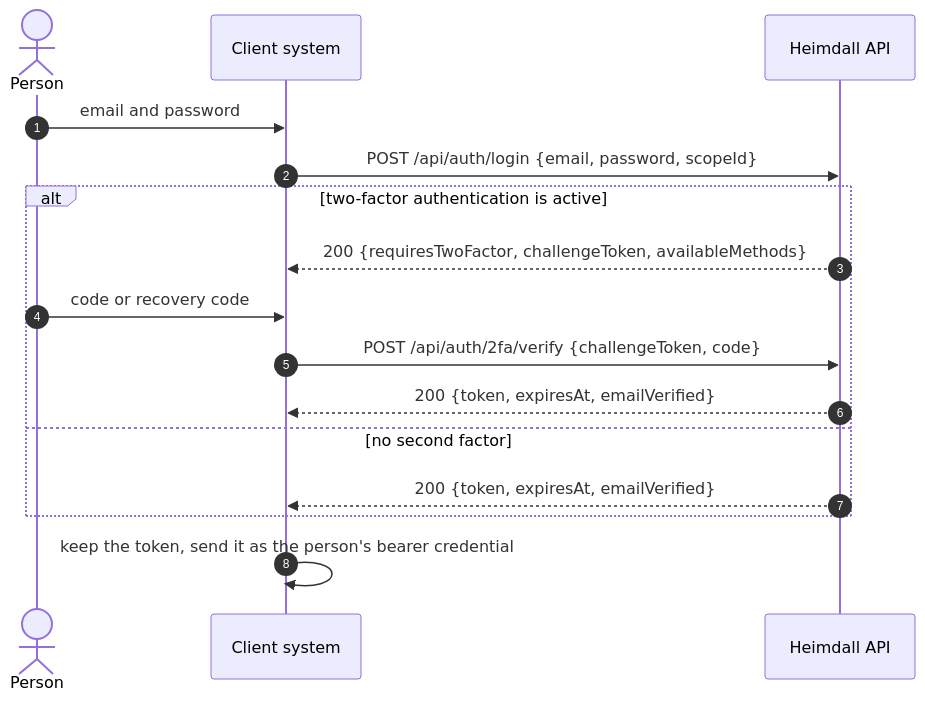
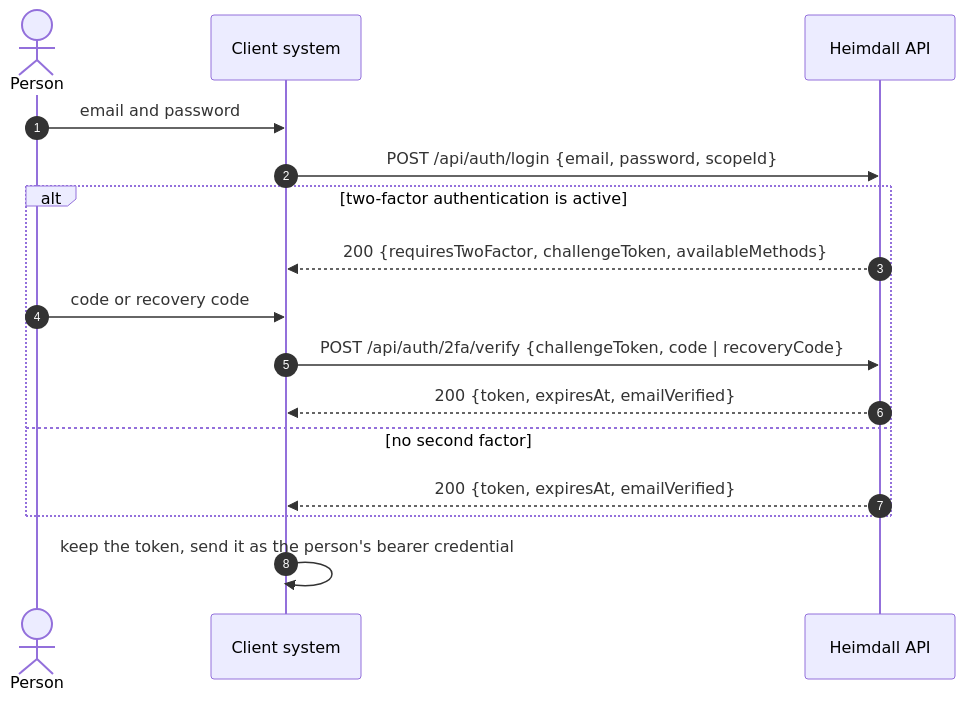
One commit to artur-rios/heimdall-docs changed the first of 2 diagrams in content/en/docs/integrating/_index.md. Above: the diagram before and after it, drawn with Mermaid. The commit also changed other lines of this file and 2 other files, not shown here.

Commit message:
fix: correct the 2fa and api explorer claims

````diff
--- a/content/en/docs/integrating/_index.md
+++ b/content/en/docs/integrating/_index.md
@@ -68,19 +70,19 @@
 ```mermaid
 sequenceDiagram
     autonumber
     actor P as Person
     participant C as Client system
     participant H as Heimdall API
 
     P->>C: email and password
     C->>H: POST /api/auth/login {email, password, scopeId}
     alt two-factor authentication is active
         H-->>C: 200 {requiresTwoFactor, challengeToken, availableMethods}
         P->>C: code or recovery code
-        C->>H: POST /api/auth/2fa/verify {challengeToken, code}
+        C->>H: POST /api/auth/2fa/verify {challengeToken, code | recoveryCode}
         H-->>C: 200 {token, expiresAt, emailVerified}
     else no second factor
         H-->>C: 200 {token, expiresAt, emailVerified}
     end
     C->>C: keep the token, send it as the person's bearer credential
 ```
````
